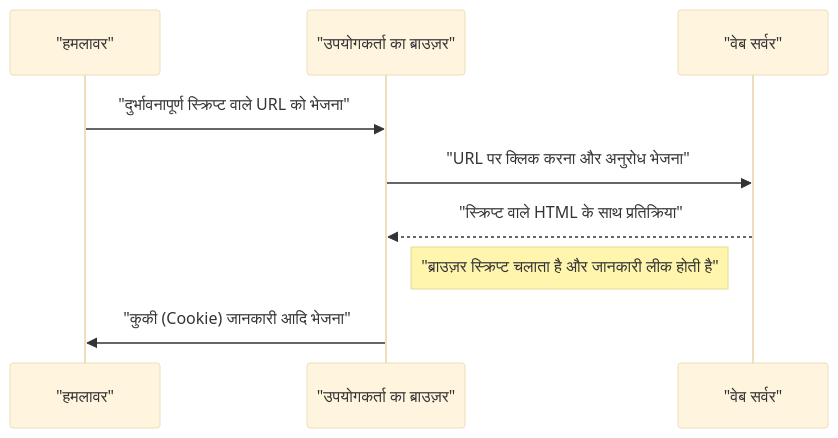
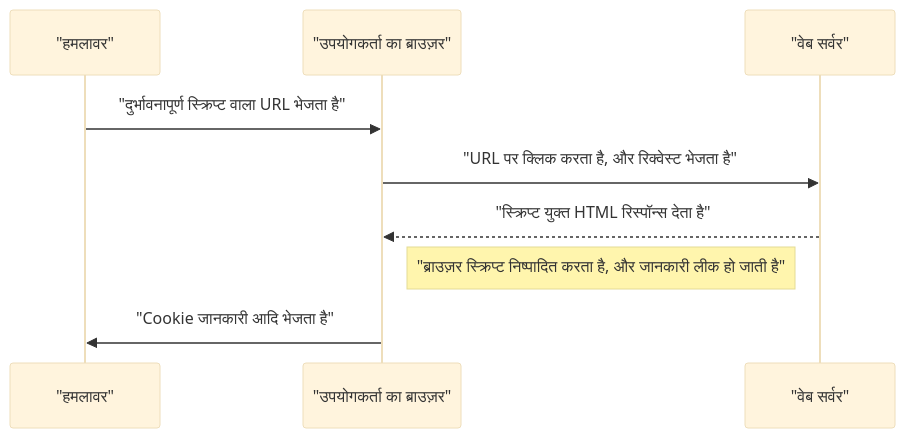
Before and after one commit to kenjinote/blog: the first of 2 diagrams in content/post/web-application-vulnerability-owasp-top-10/index.hi.md, drawn with Mermaid (base theme). The commit also changed other lines of this file and 12 other files, not shown here.

````diff
--- a/content/post/web-application-vulnerability-owasp-top-10/index.hi.md
+++ b/content/post/web-application-vulnerability-owasp-top-10/index.hi.md
@@ -170,12 +170,12 @@
 ```mermaid
 sequenceDiagram
     participant "हमलावर"
     participant "उपयोगकर्ता का ब्राउज़र"
     participant "वेब सर्वर"
 
-    "हमलावर"->>"उपयोगकर्ता का ब्राउज़र": "दुर्भावनापूर्ण स्क्रिप्ट वाले URL को भेजना"
-    "उपयोगकर्ता का ब्राउज़र"->>"वेब सर्वर": "URL पर क्लिक करना और अनुरोध भेजना"
-    "वेब सर्वर"-->>"उपयोगकर्ता का ब्राउज़र": "स्क्रिप्ट वाले HTML के साथ प्रतिक्रिया"
-    Note right of "उपयोगकर्ता का ब्राउज़र": "ब्राउज़र स्क्रिप्ट चलाता है और जानकारी लीक होती है"
-    "उपयोगकर्ता का ब्राउज़र"->>"हमलावर": "कुकी (Cookie) जानकारी आदि भेजना"
+    "हमलावर"->>"उपयोगकर्ता का ब्राउज़र": "दुर्भावनापूर्ण स्क्रिप्ट वाला URL भेजता है"
+    "उपयोगकर्ता का ब्राउज़र"->>"वेब सर्वर": "URL पर क्लिक करता है, और रिक्वेस्ट भेजता है"
+    "वेब सर्वर"-->>"उपयोगकर्ता का ब्राउज़र": "स्क्रिप्ट युक्त HTML रिस्पॉन्स देता है"
+    Note right of "उपयोगकर्ता का ब्राउज़र": "ब्राउज़र स्क्रिप्ट निष्पादित करता है, और जानकारी लीक हो जाती है"
+    "उपयोगकर्ता का ब्राउज़र"->>"हमलावर": "Cookie जानकारी आदि भेजता है"
 ```
````
